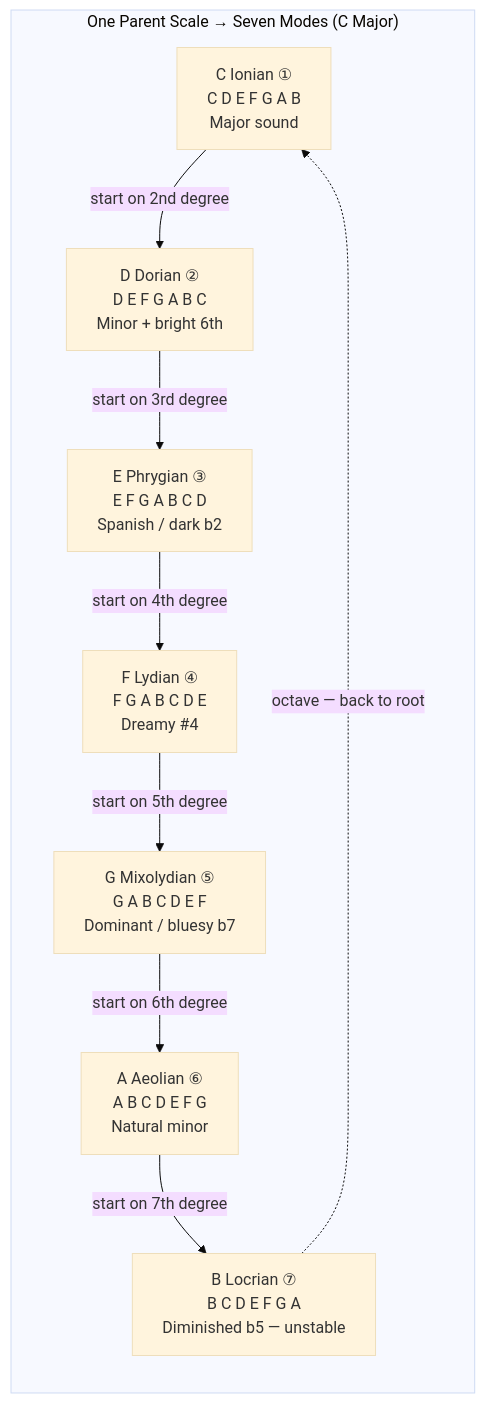
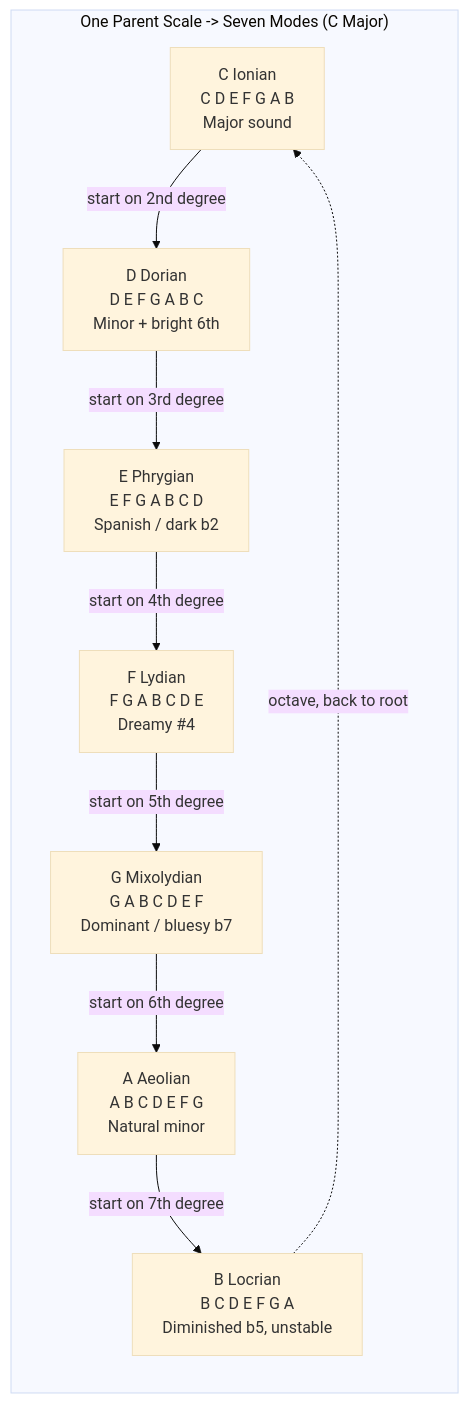
The second of 6 diagrams in topics/arts/music_performance/guitar/lesson_03_scales_and_modes.md (blebleblee/synapse), drawn with Mermaid (base theme) before and after one commit. The commit also changed other lines of this file and 2 other files, not shown here.

````diff
--- a/topics/arts/music_performance/guitar/lesson_03_scales_and_modes.md
+++ b/topics/arts/music_performance/guitar/lesson_03_scales_and_modes.md
@@ -37,20 +37,20 @@
 ```mermaid
 graph LR
-    subgraph sub_modal_rotation ["One Parent Scale → Seven Modes (C Major)"]
-        C["C Ionian ①<br/>C D E F G A B<br/>Major sound"]
-        D["D Dorian ②<br/>D E F G A B C<br/>Minor + bright 6th"]
-        E["E Phrygian ③<br/>E F G A B C D<br/>Spanish / dark b2"]
-        F["F Lydian ④<br/>F G A B C D E<br/>Dreamy #4"]
-        G["G Mixolydian ⑤<br/>G A B C D E F<br/>Dominant / bluesy b7"]
-        A["A Aeolian ⑥<br/>A B C D E F G<br/>Natural minor"]
-        B["B Locrian ⑦<br/>B C D E F G A<br/>Diminished b5 — unstable"]
+    subgraph sub_modal_rotation ["One Parent Scale -> Seven Modes (C Major)"]
+        C["C Ionian<br/>C D E F G A B<br/>Major sound"]
+        D["D Dorian<br/>D E F G A B C<br/>Minor + bright 6th"]
+        E["E Phrygian<br/>E F G A B C D<br/>Spanish / dark b2"]
+        F["F Lydian<br/>F G A B C D E<br/>Dreamy #4"]
+        G["G Mixolydian<br/>G A B C D E F<br/>Dominant / bluesy b7"]
+        A["A Aeolian<br/>A B C D E F G<br/>Natural minor"]
+        B["B Locrian<br/>B C D E F G A<br/>Diminished b5, unstable"]
 
         C -->|"start on 2nd degree"| D
         D -->|"start on 3rd degree"| E
         E -->|"start on 4th degree"| F
         F -->|"start on 5th degree"| G
         G -->|"start on 6th degree"| A
         A -->|"start on 7th degree"| B
-        B -.->|"octave — back to root"| C
+        B -.->|"octave, back to root"| C
     end
 ```
````
